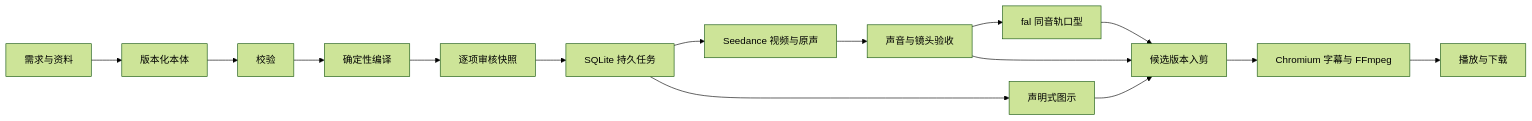
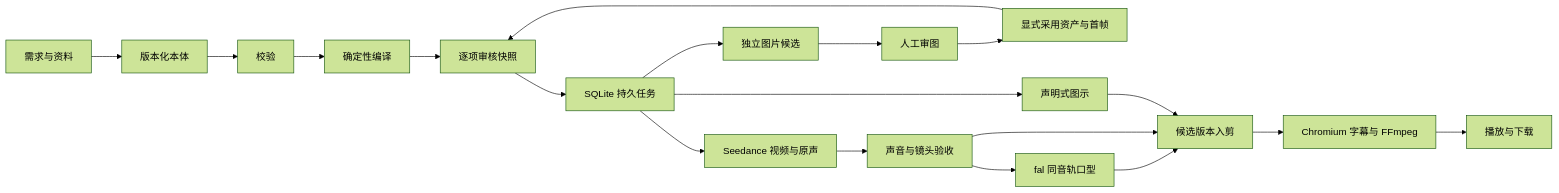
The diagram in docs/HANDOFF.md (jodancain/storyflow), drawn with Mermaid (forest theme) before and after one commit. The commit also changed other lines of this file and 173 other files, not shown here.

````diff
--- a/docs/HANDOFF.md
+++ b/docs/HANDOFF.md
@@ -5,17 +5,21 @@
 ```mermaid
 flowchart LR
  R[需求与资料] --> O[版本化本体]
  O --> V[校验]
  V --> C[确定性编译]
  C --> A[逐项审核快照]
  A --> J[SQLite 持久任务]
+ J --> I[独立图片候选]
+ I --> IR[人工审图]
+ IR --> B[显式采用资产与首帧]
+ B --> A
  J --> S[Seedance 视频与原声]
  S --> Q[声音与镜头验收]
  Q --> F[fal 同音轨口型]
  J --> G[声明式图示]
  F --> E[候选版本入剪]
  Q --> E
  G --> E
  E --> M[Chromium 字幕与 FFmpeg]
  M --> P[播放与下载]
 ```
````
